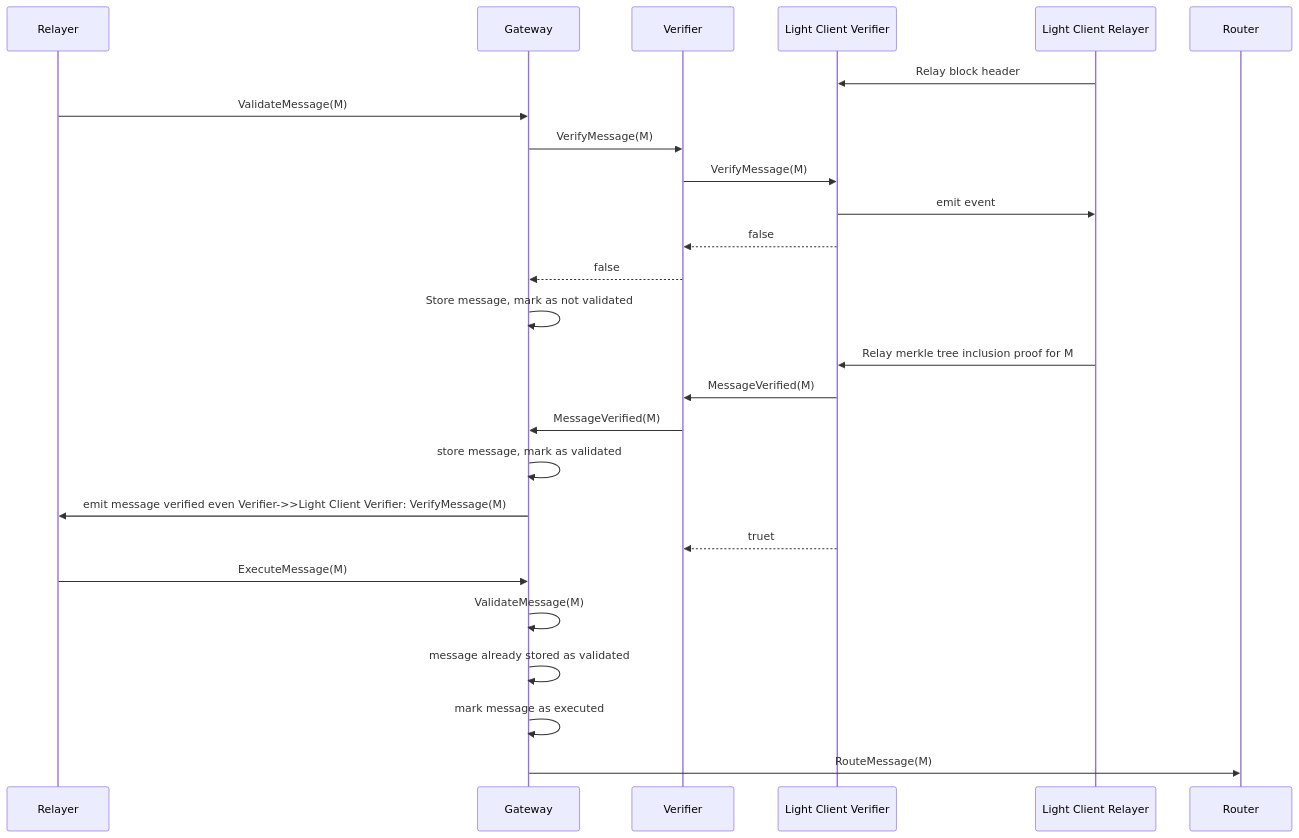
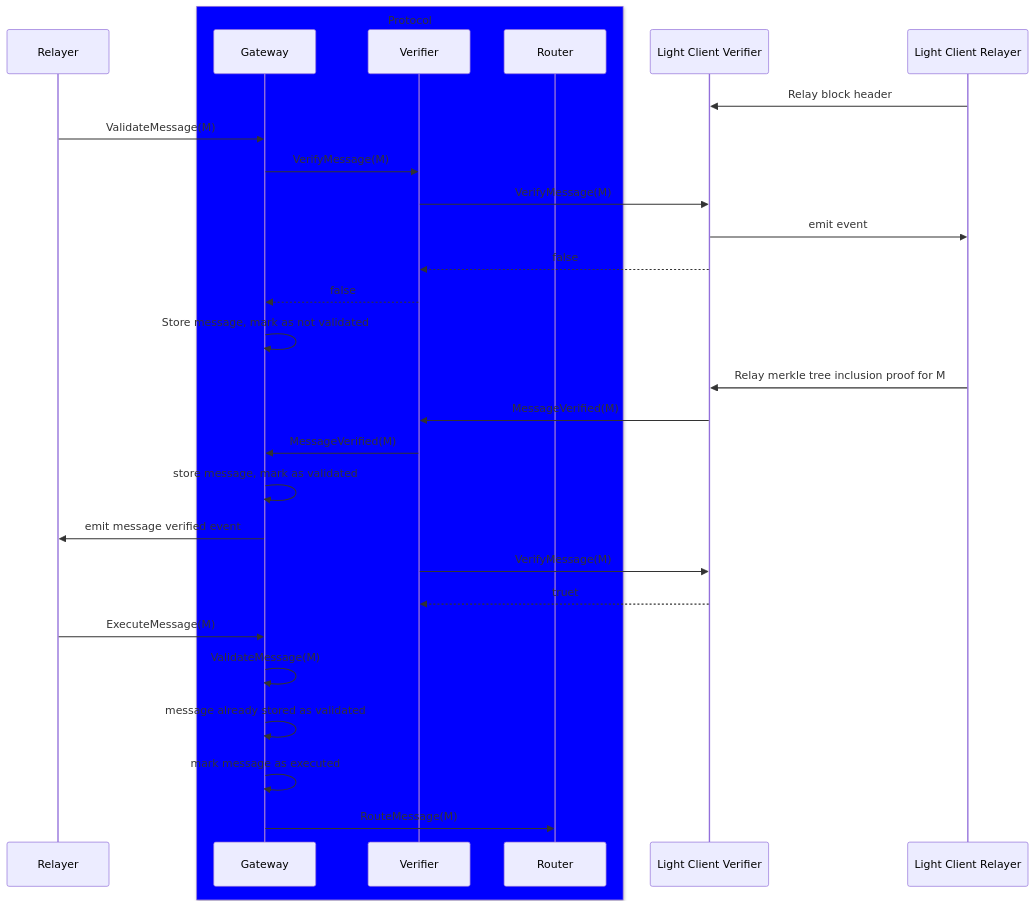
One commit to axelarnetwork/axelar-amplifier changed the sixth of 13 diagrams in README.md. Above: the diagram before and after it, drawn with Mermaid. The commit also changed other lines of this file, not shown here.

Commit message:
be explicit about what is part of the protocol and what is not

````diff
--- a/README.md
+++ b/README.md
@@ -189,33 +185,36 @@
 ```mermaid
 sequenceDiagram
     participant Relayer
+    box Blue Protocol
     participant Gateway
     participant Verifier
+    participant Router
+    end
     participant Light Client Verifier
     participant Light Client Relayer
-    participant Router
 
     Light Client Relayer->>Light Client Verifier: Relay block header
 
     Relayer->>Gateway: ValidateMessage(M)
     Gateway->>Verifier: VerifyMessage(M)
     Verifier->>Light Client Verifier: VerifyMessage(M)
     Light Client Verifier->>Light Client Relayer: emit event
     Light Client Verifier-->>Verifier: false
     Verifier-->>Gateway: false
     Gateway->>Gateway: Store message, mark as not validated
 
     Light Client Relayer->>Light Client Verifier: Relay merkle tree inclusion proof for M
     Light Client Verifier->>Verifier: MessageVerified(M)
     Verifier->>Gateway: MessageVerified(M)
     Gateway->>Gateway: store message, mark as validated
-    Gateway->>Relayer: emit message verified even    Verifier->>Light Client Verifier: VerifyMessage(M)
+    Gateway->>Relayer: emit message verified event
+    Verifier->>Light Client Verifier: VerifyMessage(M)
     Light Client Verifier-->>Verifier: truet
 
 
     Relayer->>Gateway: ExecuteMessage(M)
     Gateway->>Gateway: ValidateMessage(M)
     Gateway->>Gateway: message already stored as validated
     Gateway->>Gateway: mark message as executed
     Gateway->>Router: RouteMessage(M)
 ```
````
